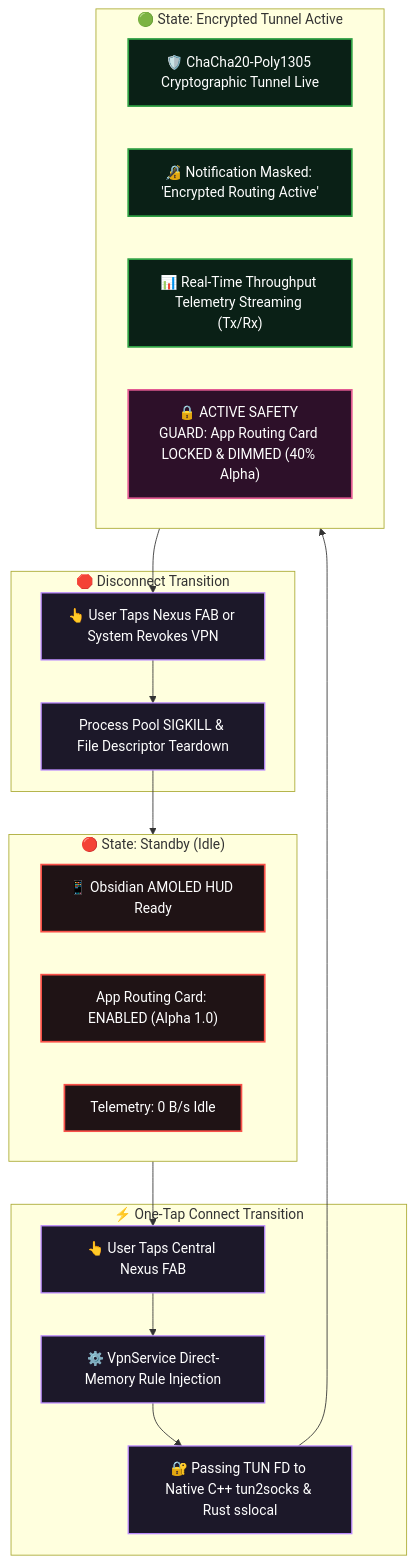
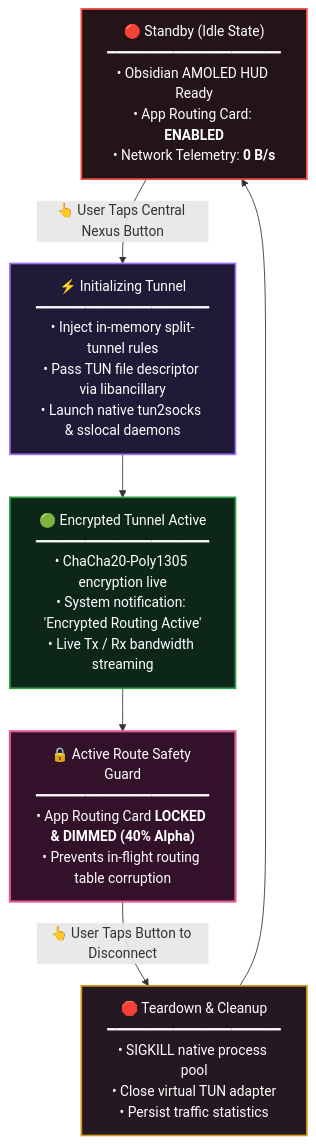
One commit to Parth-Chavan-15/VoidCrypt changed the second of 2 diagrams in README.md. Above: the diagram before and after it, drawn with Mermaid. The commit also changed other lines of this file, not shown here.

Commit message:
docs: restructure flowcharts vertically for high legibility and enhance visual styling across all sections

````diff
--- a/README.md
+++ b/README.md
@@ -92,39 +135,26 @@
 ```mermaid
 flowchart TD
-    subgraph Standby_State["🔴 State: Standby (Idle)"]
-        S1["📱 Obsidian AMOLED HUD Ready"]
-        S2["App Routing Card: ENABLED (Alpha 1.0)"]
-        S3["Telemetry: 0 B/s Idle"]
-    end
+    STANDBY["🔴 Standby (Idle State)<br/>━━━━━━━━━━━━━━━━━━━━━<br/>• Obsidian AMOLED HUD Ready<br/>• App Routing Card: <b>ENABLED</b><br/>• Network Telemetry: <b>0 B/s</b>"]
+    
+    STANDBY -->|"👆 User Taps Central Nexus Button"| CONNECT["⚡ Initializing Tunnel<br/>━━━━━━━━━━━━━━━━━━━━━<br/>• Inject in-memory split-tunnel rules<br/>• Pass TUN file descriptor via libancillary<br/>• Launch native tun2socks & sslocal daemons"]
+    
+    CONNECT --> ACTIVE["🟢 Encrypted Tunnel Active<br/>━━━━━━━━━━━━━━━━━━━━━<br/>• ChaCha20-Poly1305 encryption live<br/>• System notification: 'Encrypted Routing Active'<br/>• Live Tx / Rx bandwidth streaming"]
+    
+    ACTIVE --> GUARD["🔒 Active Route Safety Guard<br/>━━━━━━━━━━━━━━━━━━━━━<br/>• App Routing Card <b>LOCKED & DIMMED (40% Alpha)</b><br/>• Prevents in-flight routing table corruption"]
+    
+    GUARD -->|"👆 User Taps Button to Disconnect"| TEARDOWN["🛑 Teardown & Cleanup<br/>━━━━━━━━━━━━━━━━━━━━━<br/>• SIGKILL native process pool<br/>• Close virtual TUN adapter<br/>• Persist traffic statistics"]
+    
+    TEARDOWN --> STANDBY
 
-    subgraph Transition_1["⚡ One-Tap Connect Transition"]
-        T1["👆 User Taps Central Nexus FAB"]
-        T2["⚙️ VpnService Direct-Memory Rule Injection"]
-        T3["🔐 Passing TUN FD to Native C++ tun2socks & Rust sslocal"]
-    end
+    classDef standby fill:#241417,stroke:#f85149,stroke-width:2px,color:#ffffff;
+    classDef connect fill:#1e1a38,stroke:#a371f7,stroke-width:2px,color:#ffffff;
+    classDef active fill:#0d261a,stroke:#2ea043,stroke-width:2px,color:#ffffff;
+    classDef guard fill:#33112a,stroke:#e25a92,stroke-width:2.5px,color:#ffffff;
+    classDef teardown fill:#261821,stroke:#d29922,stroke-width:2px,color:#ffffff;
 
-    subgraph Active_State["🟢 State: Encrypted Tunnel Active"]
-        A1["🛡️ ChaCha20-Poly1305 Cryptographic Tunnel Live"]
-        A2["🔏 Notification Masked: 'Encrypted Routing Active'"]
-        A3["📊 Real-Time Throughput Telemetry Streaming (Tx/Rx)"]
-        A4["🔒 ACTIVE SAFETY GUARD: App Routing Card LOCKED & DIMMED (40% Alpha)"]
-    end
-
-    subgraph Transition_2["🛑 Disconnect Transition"]
-        D1["👆 User Taps Nexus FAB or System Revokes VPN"]
-        D2["Process Pool SIGKILL & File Descriptor Teardown"]
-    end
-
-    Standby_State --> T1 --> T2 --> T3 --> Active_State
-    Active_State --> D1 --> D2 --> Standby_State
-
-    classDef standby fill:#1f1315,stroke:#f85149,stroke-width:2px,color:#ffffff;
-    classDef trans fill:#1c1829,stroke:#bc8cff,stroke-width:1.5px,color:#ffffff;
-    classDef active fill:#0a2016,stroke:#2ea043,stroke-width:2px,color:#ffffff;
-    classDef guard fill:#2d1029,stroke:#e25a92,stroke-width:2px,color:#ffffff;
-
-    class S1,S2,S3 standby;
-    class T1,T2,T3,D1,D2 trans;
-    class A1,A2,A3 active;
-    class A4 guard;
+    class STANDBY standby;
+    class CONNECT connect;
+    class ACTIVE active;
+    class GUARD guard;
+    class TEARDOWN teardown;
 ```
````
